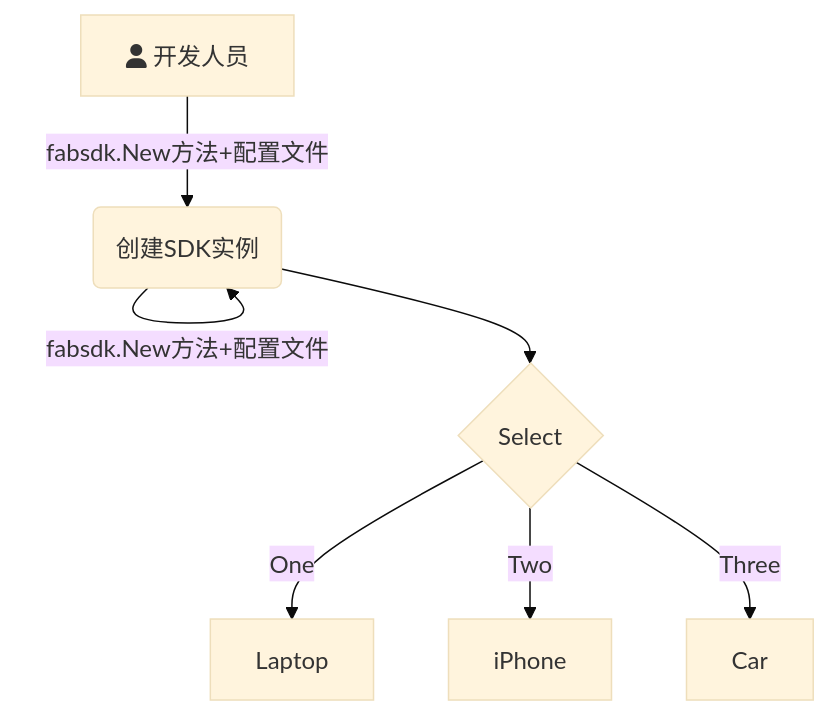
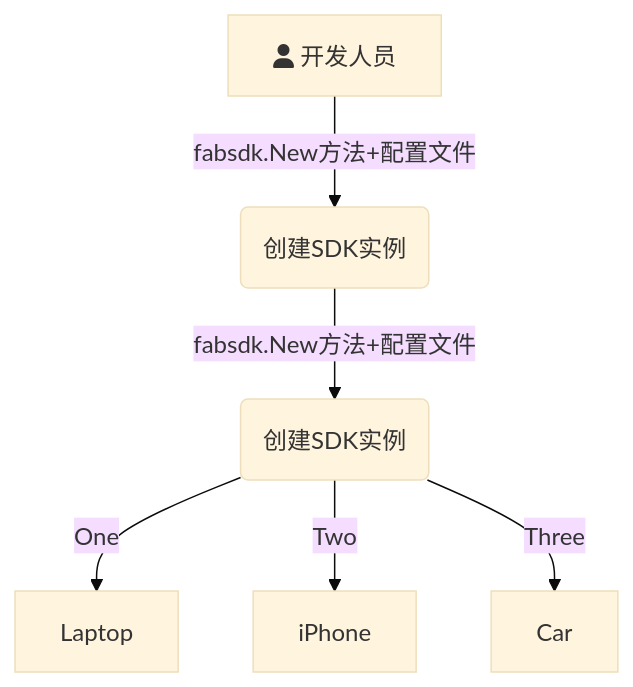
One commit to Utekichan/iodraw-files changed the diagram in all/未命名.md. Above: the diagram before and after it, drawn with Mermaid (base theme).

Commit message:
2024-03-30 22:06:38 update

````diff
--- a/all/未命名.md
+++ b/all/未命名.md
@@ -1,10 +1,10 @@
 ```mermaid
 graph TD
     A[fa:fa-user 开发人员] -->|fabsdk.New方法+配置文件| B(创建SDK实例)
-    B-->|fabsdk.New方法+配置文件| B(创建SDK实例)
-    B --> C{Select}
+    B-->|fabsdk.New方法+配置文件| C(创建SDK实例)
+    %% B --> C{Select}
     C -->|One| D[Laptop]
     C -->|Two| E[iPhone]
     C -->|Three| F[Car]
   
 ```
````
